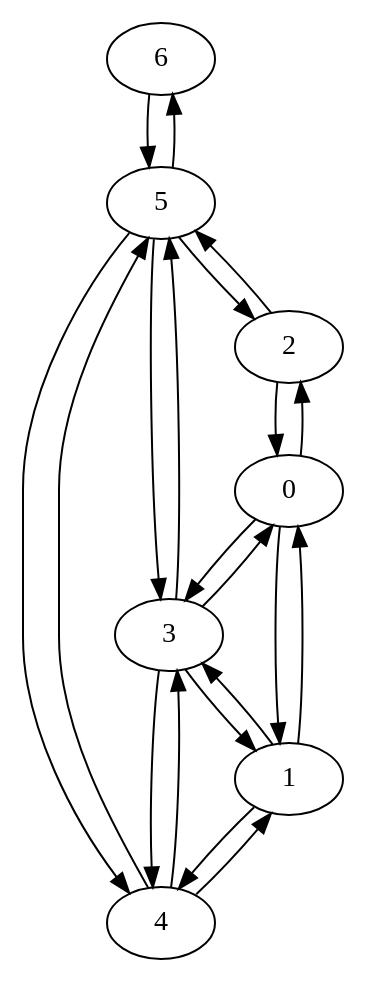
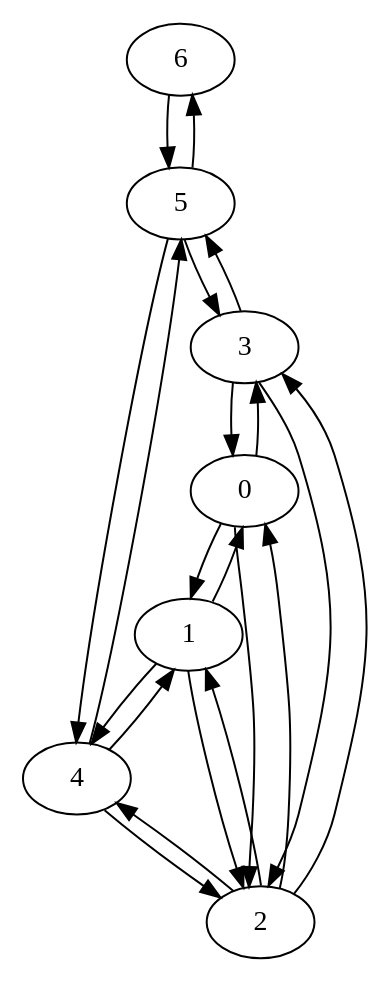
Before and after one commit to KennyBlanckaert/C-Playground: the diagram in algorithms/30-prims_algorithm/graph.dot, drawn with Graphviz. The commit also changed 3 other files, not shown here.

Commit message:
used same graph in prim and kruskal for verification

```diff
--- a/algorithms/30-prims_algorithm/graph.dot
+++ b/algorithms/30-prims_algorithm/graph.dot
@@ -1,29 +1,29 @@
 digraph {
 "6"[label="6"];
 "5"[label="5"];
 "4"[label="4"];
 "3"[label="3"];
 "2"[label="2"];
 "1"[label="1"];
 "0"[label="0"];
 "0" -> "1";
 "0" -> "2";
 "0" -> "3";
 "1" -> "0";
-"1" -> "3";
+"1" -> "2";
 "1" -> "4";
 "2" -> "0";
-"2" -> "5";
+"2" -> "1";
+"2" -> "3";
+"2" -> "4";
 "3" -> "0";
-"3" -> "1";
-"3" -> "4";
+"3" -> "2";
 "3" -> "5";
 "4" -> "1";
-"4" -> "3";
+"4" -> "2";
 "4" -> "5";
-"5" -> "2";
 "5" -> "3";
 "5" -> "4";
 "5" -> "6";
 "6" -> "5";
 }
```
